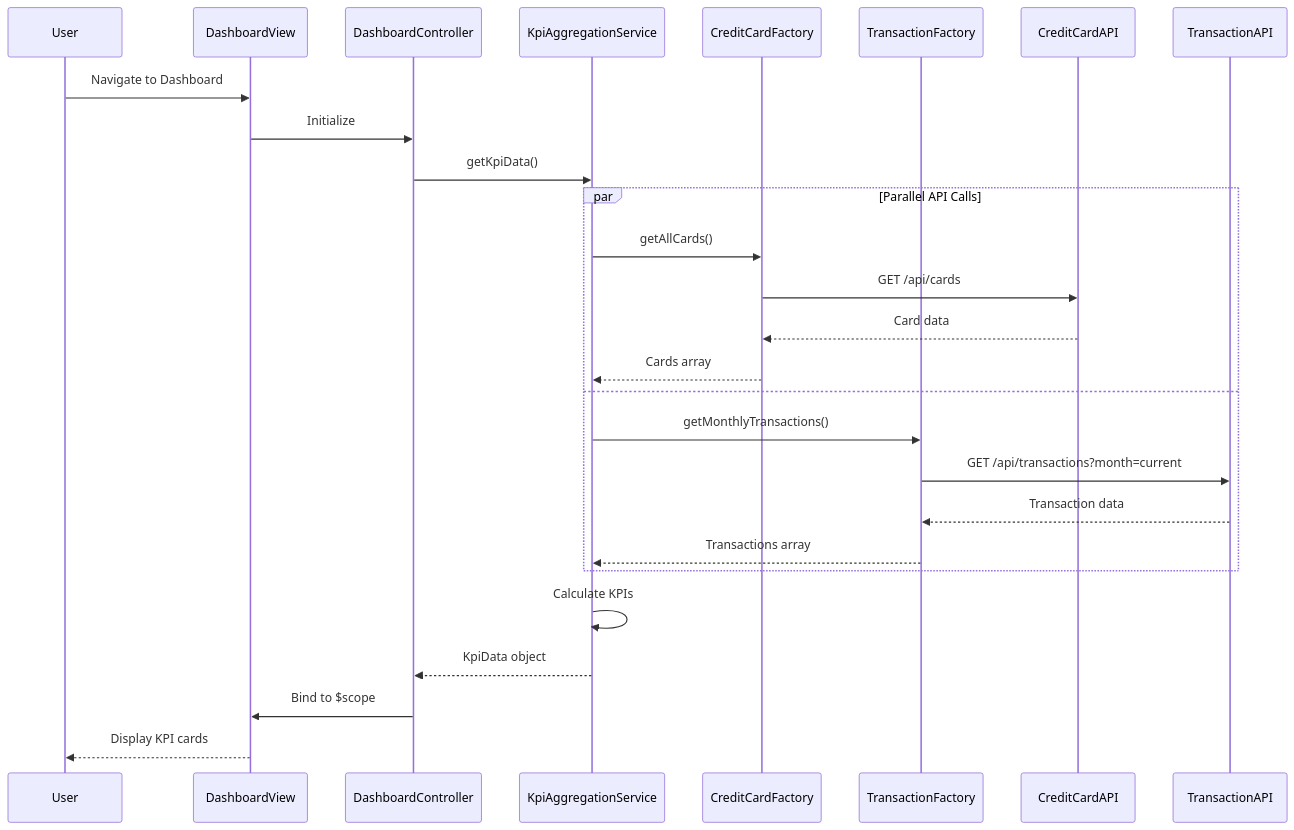
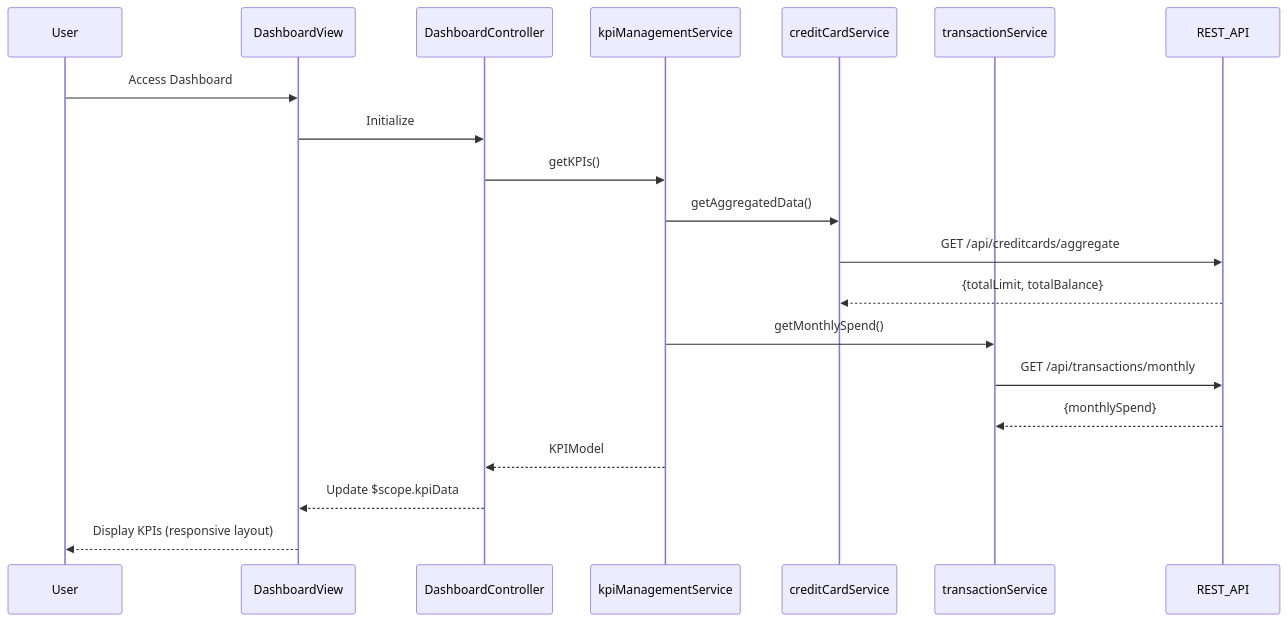
The diagram in LLD/QE-7942_LLD.md (AAVA-Demo/APB_Demo), drawn with Mermaid before and after one commit. The commit also changed other lines of this file and 5 other files, not shown here.

````diff
--- a/LLD/QE-7942_LLD.md
+++ b/LLD/QE-7942_LLD.md
@@ -83,32 +71,23 @@
 ```mermaid
 sequenceDiagram
     participant User
     participant DashboardView
     participant DashboardController
-    participant KpiAggregationService
-    participant CreditCardFactory
-    participant TransactionFactory
-    participant CreditCardAPI
-    participant TransactionAPI
+    participant kpiManagementService
+    participant creditCardService
+    participant transactionService
+    participant REST_API
 
-    User->>DashboardView: Navigate to Dashboard
+    User->>DashboardView: Access Dashboard
     DashboardView->>DashboardController: Initialize
-    DashboardController->>KpiAggregationService: getKpiData()
-    
-    par Parallel API Calls
-        KpiAggregationService->>CreditCardFactory: getAllCards()
-        CreditCardFactory->>CreditCardAPI: GET /api/cards
-        CreditCardAPI-->>CreditCardFactory: Card data
-        CreditCardFactory-->>KpiAggregationService: Cards array
-    and
-        KpiAggregationService->>TransactionFactory: getMonthlyTransactions()
-        TransactionFactory->>TransactionAPI: GET /api/transactions?month=current
-        TransactionAPI-->>TransactionFactory: Transaction data
-        TransactionFactory-->>KpiAggregationService: Transactions array
-    end
-    
-    KpiAggregationService->>KpiAggregationService: Calculate KPIs
-    KpiAggregationService-->>DashboardController: KpiData object
-    DashboardController->>DashboardView: Bind to $scope
-    DashboardView-->>User: Display KPI cards
+    DashboardController->>kpiManagementService: getKPIs()
+    kpiManagementService->>creditCardService: getAggregatedData()
+    creditCardService->>REST_API: GET /api/creditcards/aggregate
+    REST_API-->>creditCardService: {totalLimit, totalBalance}
+    kpiManagementService->>transactionService: getMonthlySpend()
+    transactionService->>REST_API: GET /api/transactions/monthly
+    REST_API-->>transactionService: {monthlySpend}
+    kpiManagementService-->>DashboardController: KPIModel
+    DashboardController-->>DashboardView: Update $scope.kpiData
+    DashboardView-->>User: Display KPIs (responsive layout)
 ```
````
